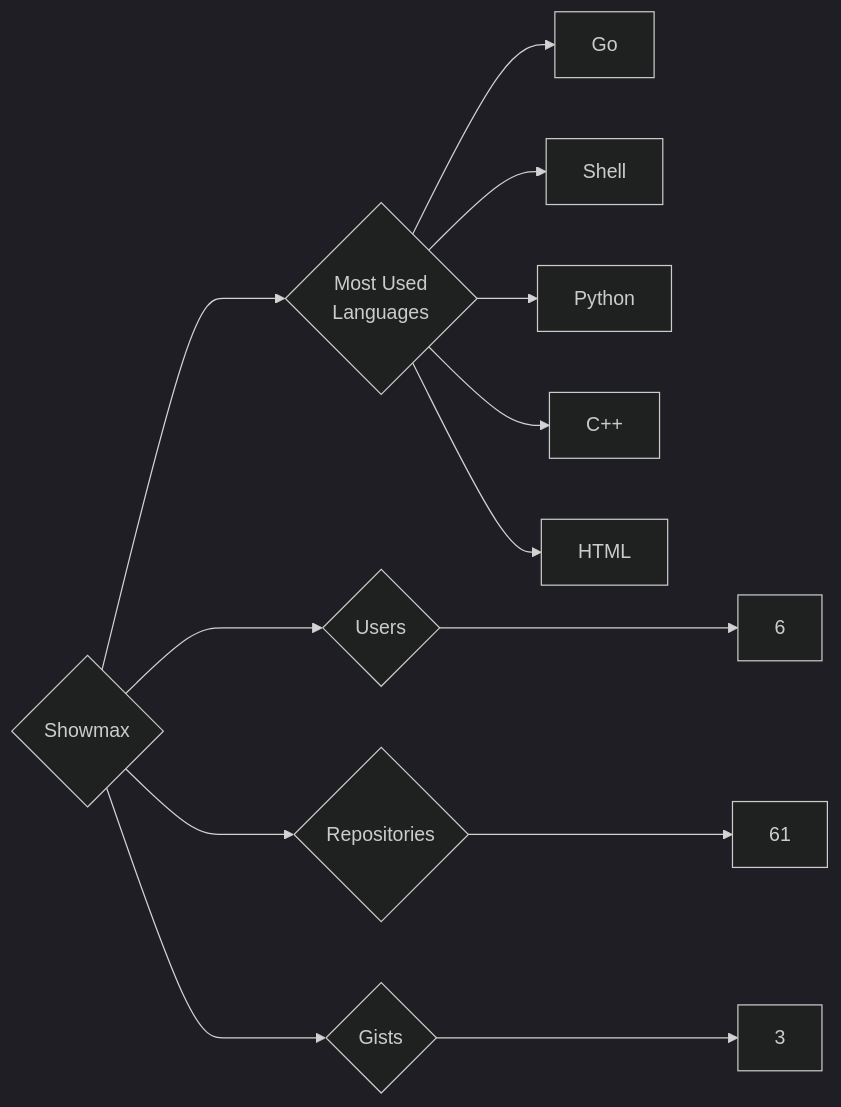
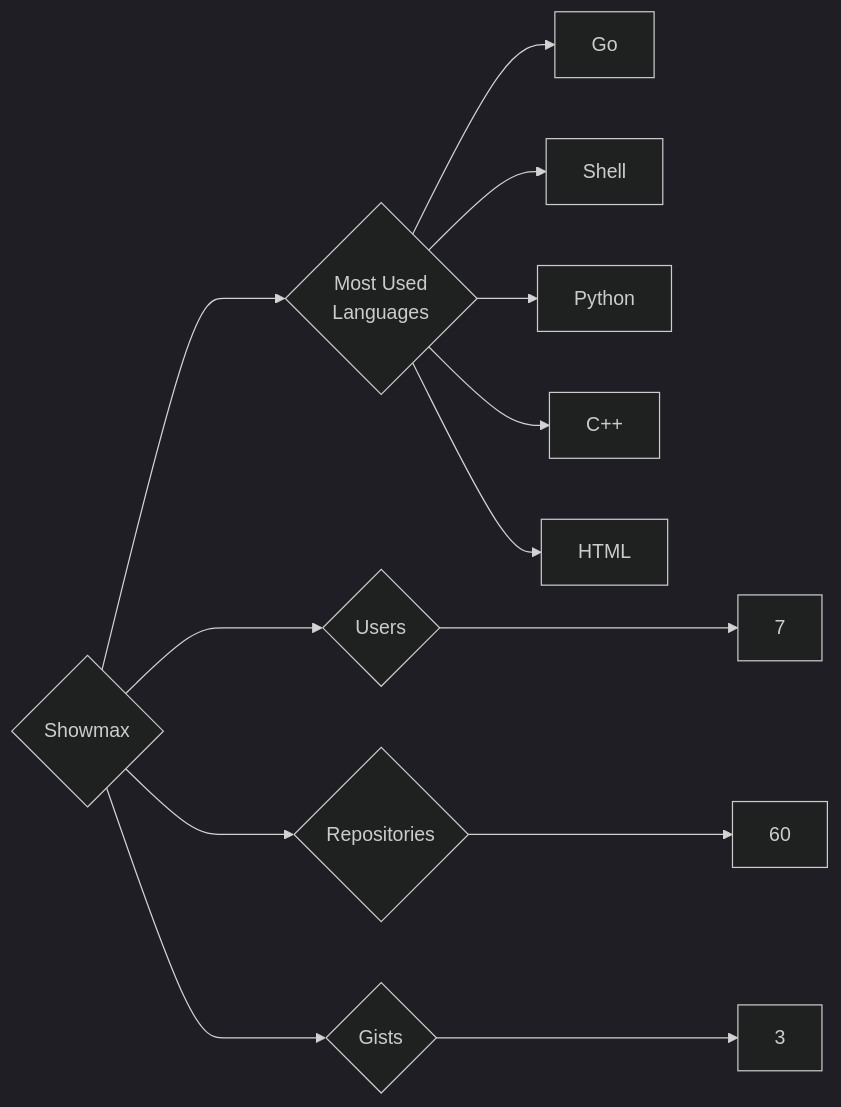
Before and after one commit to trickest/insiders: the diagram in targets/Showmax/README.md, drawn with Mermaid (dark theme). The commit also changed 1484 other files, not shown here.

````diff
--- a/targets/Showmax/README.md
+++ b/targets/Showmax/README.md
@@ -3,13 +3,13 @@
 ```mermaid
 graph LR
 COMPANY_NAME{Showmax}
-COMPANY_NAME ---> U{Users} ---> UN[6]
-COMPANY_NAME ---> R{Repositories} ---> RN[61]
+COMPANY_NAME ---> U{Users} ---> UN[7]
+COMPANY_NAME ---> R{Repositories} ---> RN[60]
 COMPANY_NAME ---> G{Gists} ---> GN[3]
 COMPANY_NAME ---> ML{Most Used<br>Languages}
 ML --> Go[Go]
 ML --> Shell[Shell]
 ML --> Python[Python]
 ML --> C++[C++]
 ML --> HTML[HTML]
 ```
````
